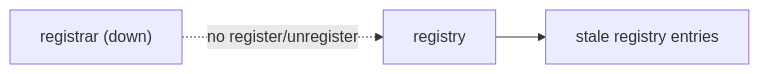
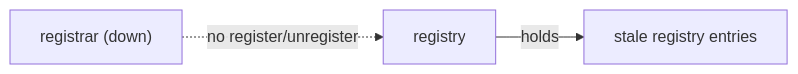
One commit to vinayakuber/microservices-io-study-guide changed diagram 11 of 12 in docs/ch08-third-party-registration.md. Above: the diagram before and after it, drawn with Mermaid. The commit also changed other lines of this file and 71 other files, not shown here.

First line of the commit message:
R18: label every diagram arrow with its meaning

````diff
--- a/docs/ch08-third-party-registration.md
+++ b/docs/ch08-third-party-registration.md
@@ -383,5 +383,5 @@
 ```mermaid
 flowchart LR
   RGR["registrar (down)"] -. "no register/unregister" .-> REG["registry"]
-  REG --> S["stale registry entries"]
+  REG -->|"holds"| S["stale registry entries"]
 ```
````
